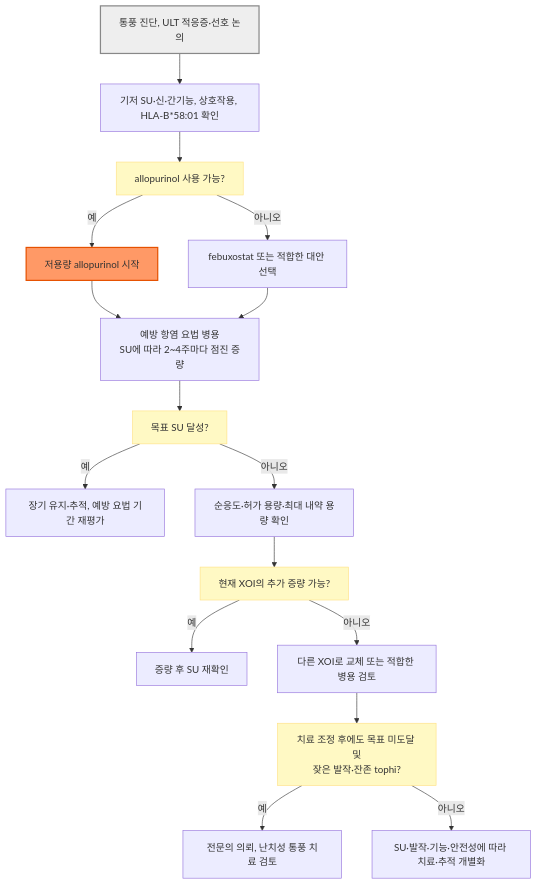
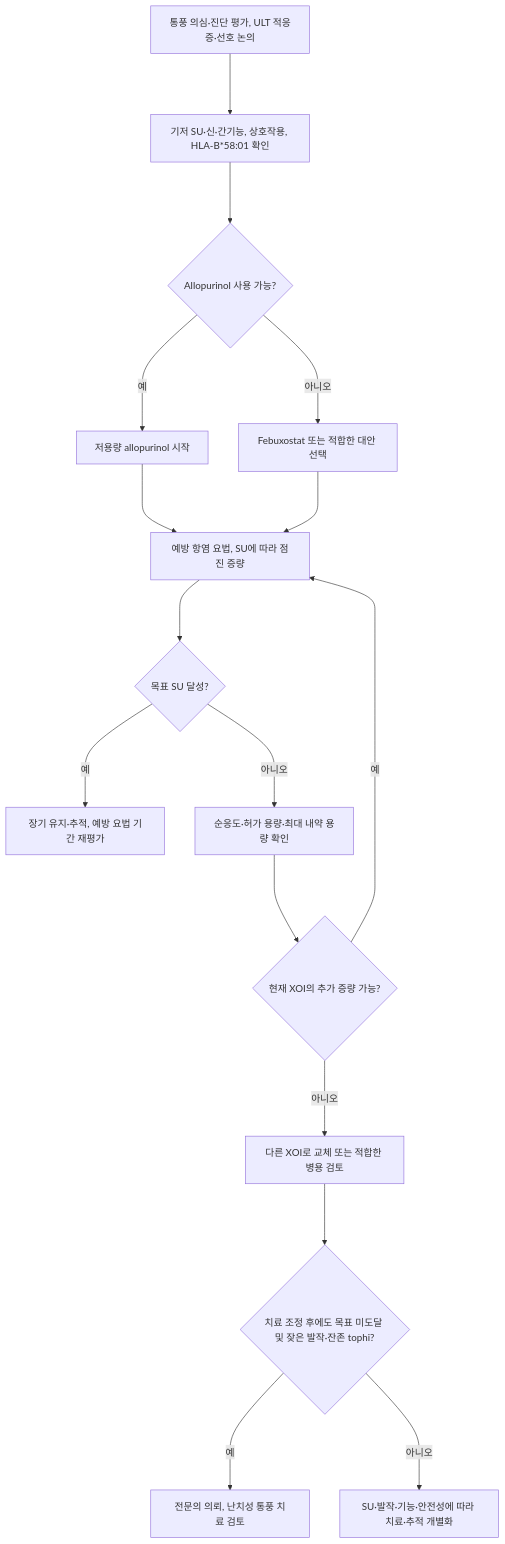
One commit to familyoh77/familyoh77 changed the second of 2 diagrams in 228_/152_-gout.md. Above: the diagram before and after it, drawn with Mermaid. The commit also changed other lines of this file and 9 other files, not shown here.

````diff
--- a/228_/152_-gout.md
+++ b/228_/152_-gout.md
@@ -279,23 +274,18 @@
 ```mermaid
-flowchart TD
-    A2["통풍 진단, ULT 적응증·선호 논의"] --> B2["기저 SU·신·간기능, 상호작용, HLA-B*58:01 확인"]
-    B2 --> C2["allopurinol 사용 가능?"]
-    C2 -- "예" --> D2["저용량 allopurinol 시작"]
-    C2 -- "아니오" --> E2["febuxostat 또는 적합한 대안 선택"]
-    D2 --> F2["예방 항염 요법 병용<br>SU에 따라 2~4주마다 점진 증량"]
-    E2 --> F2
-    F2 --> G2["목표 SU 달성?"]
-    G2 -- "예" --> H2["장기 유지·추적, 예방 요법 기간 재평가"]
-    G2 -- "아니오" --> I2["순응도·허가 용량·최대 내약 용량 확인"]
-    I2 --> Q2["현재 XOI의 추가 증량 가능?"]
-    Q2 -- "예" --> P2["증량 후 SU 재확인"]
-    Q2 -- "아니오" --> J2["다른 XOI로 교체 또는 적합한 병용 검토"]
-    J2 --> K2["치료 조정 후에도 목표 미도달 및<br>잦은 발작·잔존 tophi?"]
-    K2 -- "예" --> L2["전문의 의뢰, 난치성 통풍 치료 검토"]
-    K2 -- "아니오" --> M2["SU·발작·기능·안전성에 따라 치료·추적 개별화"]
-
-    classDef question fill:#fff9c4,stroke:#ffe082
-    class C2,G2,Q2,K2 question
-    style A2 fill:#eeeeee,stroke:#888888,stroke-width:2px
-    style D2 fill:#f96,stroke:#e65100,stroke-width:2px
+graph TD
+    A2["통풍 의심·진단 평가, ULT 적응증·선호 논의"] ---> B2["기저 SU·신·간기능, 상호작용, HLA-B*58:01 확인"]
+    B2 ---> C2{"Allopurinol 사용 가능?"}
+    C2 --->|예| D2["저용량 allopurinol 시작"]
+    C2 --->|아니오| E2["Febuxostat 또는 적합한 대안 선택"]
+    D2 ---> F2["예방 항염 요법, SU에 따라 점진 증량"]
+    E2 ---> F2
+    F2 ---> G2{"목표 SU 달성?"}
+    G2 --->|예| H2["장기 유지·추적, 예방 요법 기간 재평가"]
+    G2 --->|아니오| I2["순응도·허가 용량·최대 내약 용량 확인"]
+    I2 ---> Q2{"현재 XOI의 추가 증량 가능?"}
+    Q2 --->|예| F2
+    Q2 --->|아니오| J2["다른 XOI로 교체 또는 적합한 병용 검토"]
+    J2 ---> K2{"치료 조정 후에도 목표 미도달 및 잦은 발작·잔존 tophi?"}
+    K2 --->|예| L2["전문의 의뢰, 난치성 통풍 치료 검토"]
+    K2 --->|아니오| M2["SU·발작·기능·안전성에 따라 치료·추적 개별화"]
 ```
````
